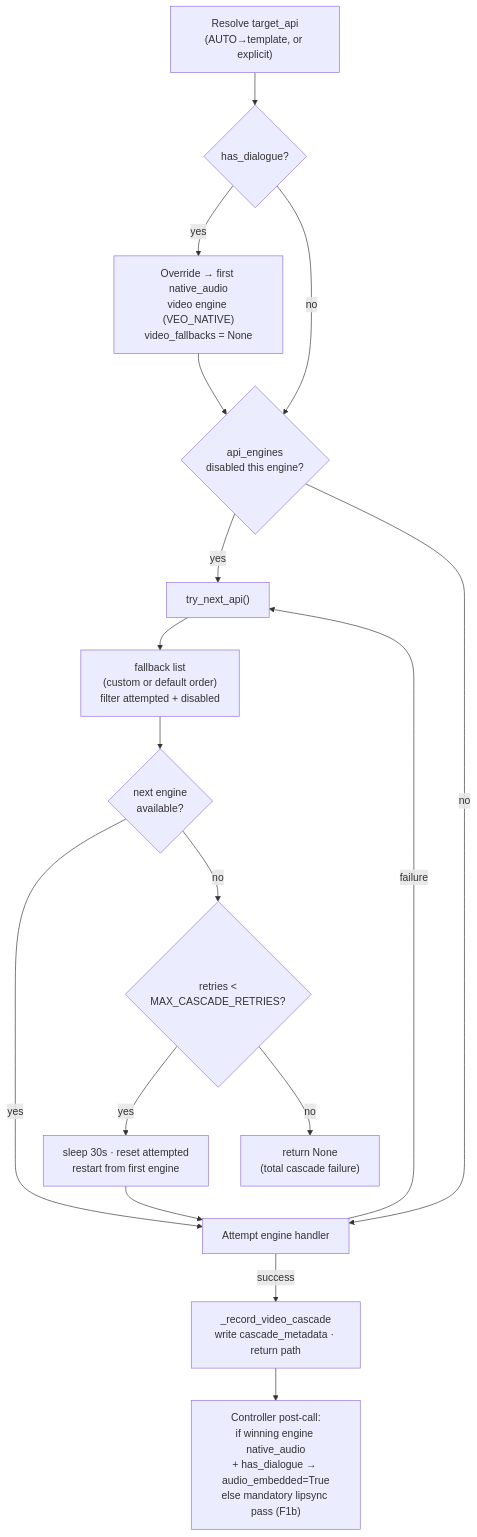
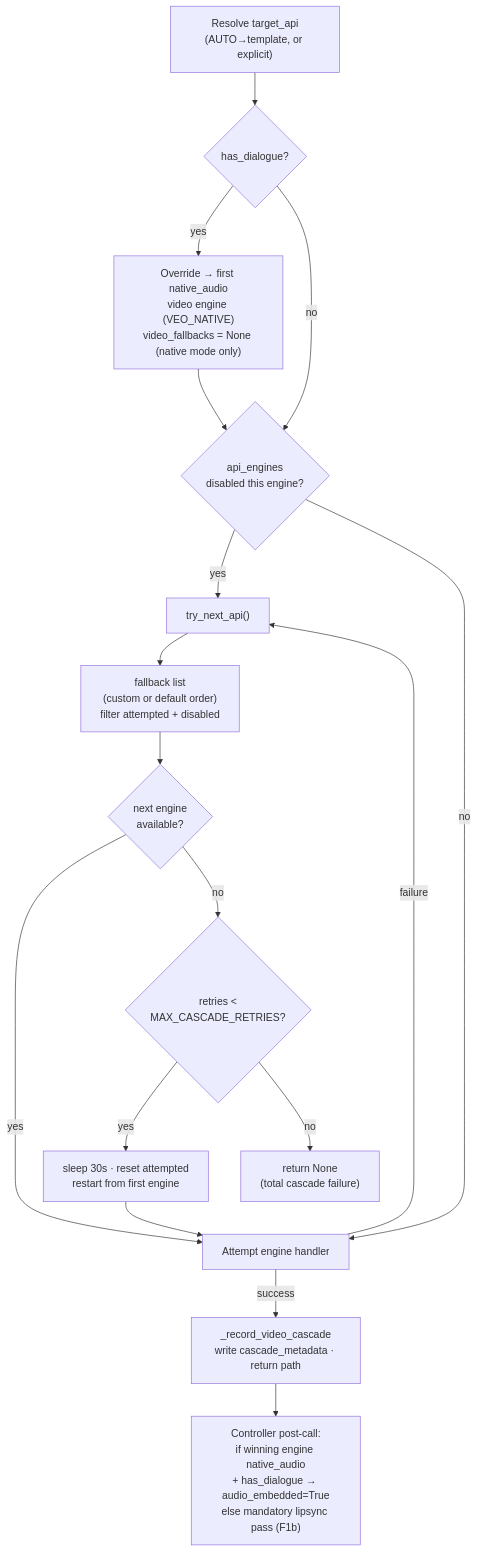
One commit to hkk009008-svg/content changed the ninth of 12 diagrams in docs/PROGRAM-MANUAL.md. Above: the diagram before and after it, drawn with Mermaid. The commit also changed other lines of this file and 11 other files, not shown here.

````diff
--- a/docs/PROGRAM-MANUAL.md
+++ b/docs/PROGRAM-MANUAL.md
@@ -1455,19 +1455,19 @@
 ```mermaid
 flowchart TD
     R["Resolve target_api<br/>(AUTO→template, or explicit)"] --> DLG{has_dialogue?}
-    DLG -- yes --> OV["Override → first native_audio<br/>video engine (VEO_NATIVE)<br/>video_fallbacks = None"]
+    DLG -- yes --> OV["Override → first native_audio<br/>video engine (VEO_NATIVE)<br/>video_fallbacks = None (native mode only)"]
     DLG -- no --> DIS
     OV --> DIS{api_engines<br/>disabled this engine?}
     DIS -- yes --> TNA
     DIS -- no --> ATT["Attempt engine handler"]
     ATT -- success --> REC["_record_video_cascade<br/>write cascade_metadata · return path"]
     ATT -- failure --> TNA["try_next_api()"]
     TNA --> LST["fallback list<br/>(custom or default order)<br/>filter attempted + disabled"]
     LST --> NEXT{next engine<br/>available?}
     NEXT -- yes --> ATT
     NEXT -- no --> RETRY{retries <<br/>MAX_CASCADE_RETRIES?}
     RETRY -- yes --> SLEEP["sleep 30s · reset attempted<br/>restart from first engine"]
     SLEEP --> ATT
     RETRY -- no --> NONE["return None<br/>(total cascade failure)"]
     REC --> POST["Controller post-call:<br/>if winning engine native_audio<br/>+ has_dialogue → audio_embedded=True<br/>else mandatory lipsync pass (F1b)"]
 ```
````
